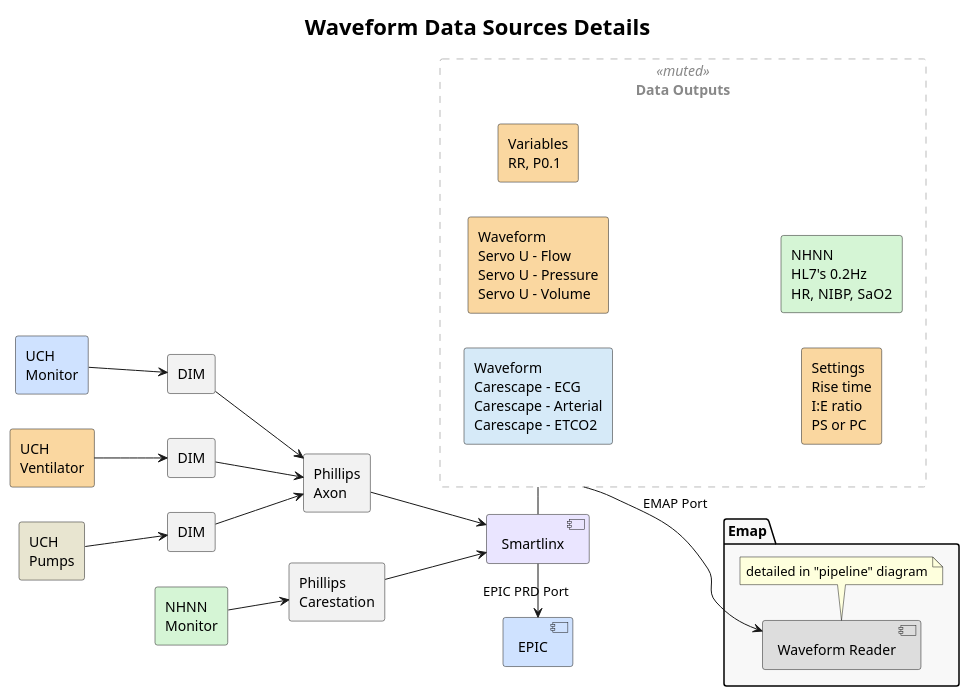
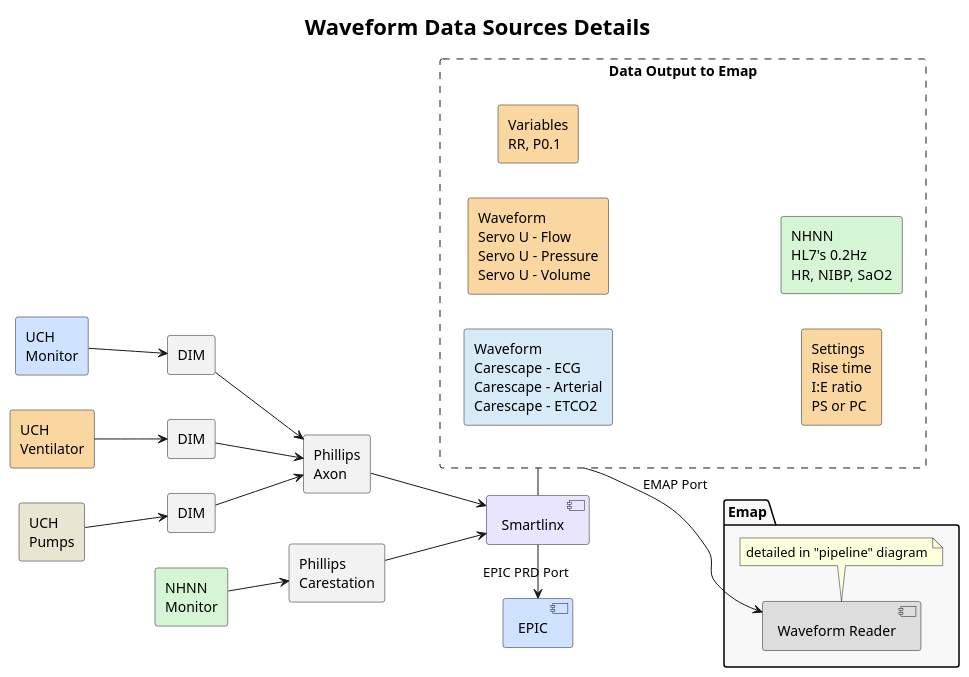
Before and after one commit to SAFEHR-data/emap: the diagram in docs/technical_overview/waveforms/data_sources.puml, drawn with PlantUML. The commit also changed 1 other file, not shown here.

Commit message:
Remove plantuml artifact

```diff
--- a/docs/technical_overview/waveforms/data_sources.puml
+++ b/docs/technical_overview/waveforms/data_sources.puml
@@ -1,63 +1,59 @@
 @startuml
 
 left to right direction
 
 skinparam TitleFontSize 22
 skinparam TitleFontStyle bold
-skinparam rectangle<<muted>> {
-  FontColor #888888
-  BorderColor #BBBBBB
-}
 
 title "Waveform Data Sources Details"
 
 rectangle "UCH\nMonitor" as uch_monitor #CFE2FF
 rectangle "UCH\nVentilator" as uch_ventilator #FAD7A0
 rectangle "UCH\nPumps" as uch_pumps #E8E5D0
 rectangle "NHNN\nMonitor" as nhnn_monitor #D5F5D5
 
 rectangle "DIM" as dim_monitor #F2F2F2
 rectangle "DIM" as dim_ventilator #F2F2F2
 rectangle "DIM" as dim_pumps #F2F2F2
 
 rectangle "Phillips\nAxon" as phillips_axon #F2F2F2
 rectangle "Phillips\nCarestation" as phillips_carestation #F2F2F2
 component "Smartlinx" as smartlinx_core #EAE5FF
 component "EPIC" as epic #CFE2FF
 uch_monitor --> dim_monitor
 uch_ventilator --> dim_ventilator
 uch_pumps --> dim_pumps
 nhnn_monitor --> phillips_carestation
 
 dim_monitor --> phillips_axon
 dim_ventilator --> phillips_axon
 dim_pumps --> phillips_axon
 
 phillips_axon --> smartlinx_core
 phillips_carestation --> smartlinx_core
 
 smartlinx_core ---r--> epic : EPIC PRD Port
 
 
-rectangle "Data Outputs" as data_outputs <<muted>> #line.dashed {
+rectangle "Data Output to Emap" as data_outputs #line.dashed {
   rectangle "Waveform\nCarescape - ECG\nCarescape - Arterial\nCarescape - ETCO2" as waveforms_epic #D6EAF8
   rectangle "Waveform\nServo U - Flow\nServo U - Pressure\nServo U - Volume" as waveforms_ventilator #FAD7A0
   rectangle "Variables\nRR, P0.1" as variables_ventilator #FAD7A0
   rectangle "Settings\nRise time\nI:E ratio\nPS or PC" as settings_ventilator #FAD7A0
   rectangle "NHNN\nHL7's 0.2Hz\nHR, NIBP, SaO2" as nhnn_hl7 #D5F5D5
 }
 
 package "Emap" as emap_system #F8F8F8 {
     component "Waveform Reader" as waveform_reader #DDDDDD
     note bottom of waveform_reader
       detailed in "pipeline" diagram
     end note
 }
 
 smartlinx_core -l-- data_outputs
 data_outputs --r-> waveform_reader : EMAP Port
 
 epic -[hidden]-> data_outputs
 data_outputs -[hidden]-> waveform_reader
 
 @enduml
```
